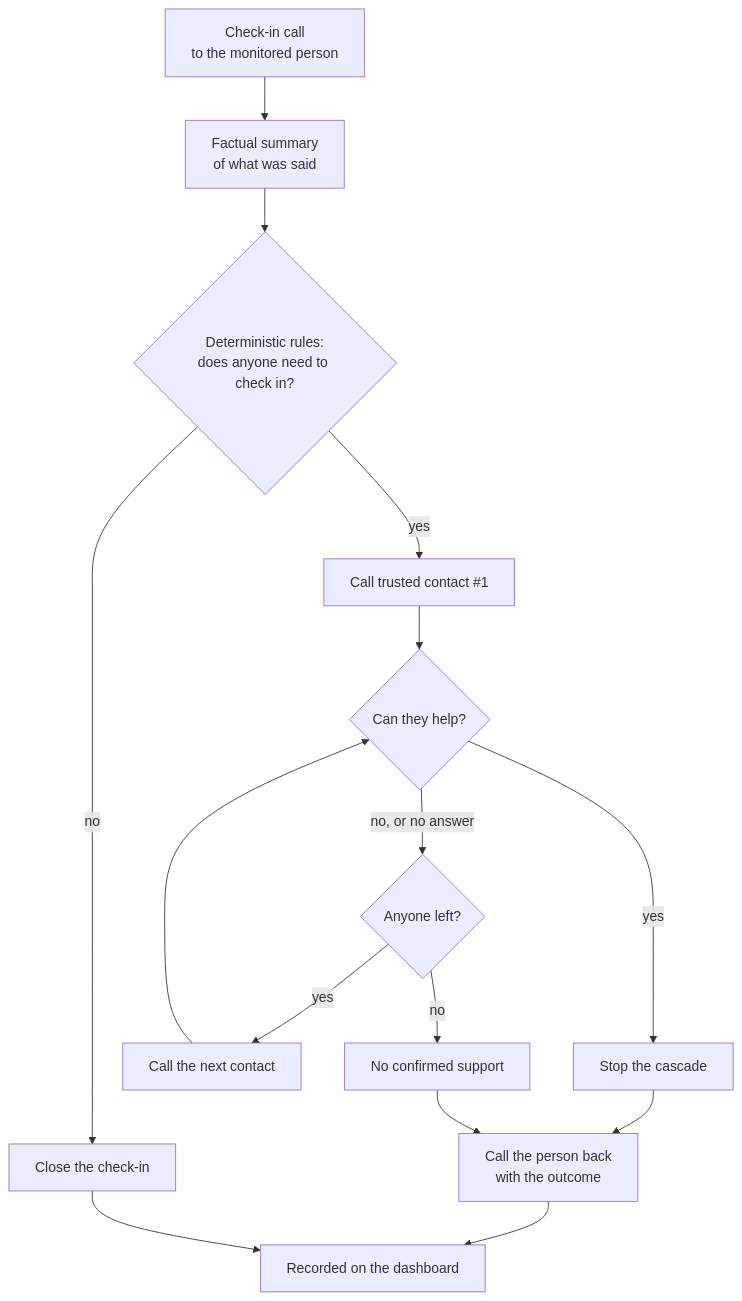
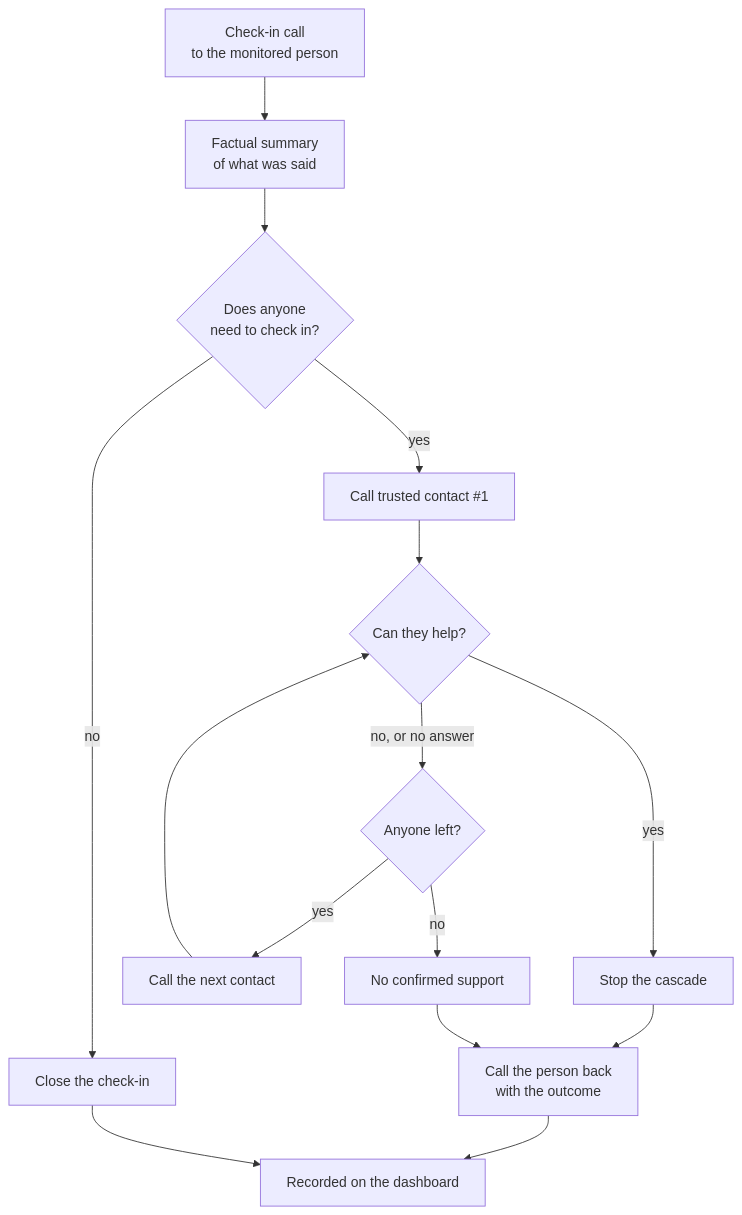
Before and after one commit to JuriSOK/kincall: the first of 2 diagrams in README.md, drawn with Mermaid. The commit also changed other lines of this file and 1 other file, not shown here.

````diff
--- a/README.md
+++ b/README.md
@@ -73,17 +60,17 @@
 ```mermaid
 flowchart TD
     A["Check-in call<br/>to the monitored person"] --> B["Factual summary<br/>of what was said"]
-    B --> C{"Deterministic rules:<br/>does anyone need to check in?"}
+    B --> C{"Does anyone<br/>need to check in?"}
     C -->|"no"| D["Close the check-in"]
     C -->|"yes"| E["Call trusted contact #1"]
     E --> F{"Can they help?"}
     F -->|"yes"| G["Stop the cascade"]
     F -->|"no, or no answer"| H{"Anyone left?"}
     H -->|"yes"| I["Call the next contact"]
     I --> F
     H -->|"no"| J["No confirmed support"]
     G --> K["Call the person back<br/>with the outcome"]
     J --> K
     K --> L["Recorded on the dashboard"]
     D --> L
 ```
````
